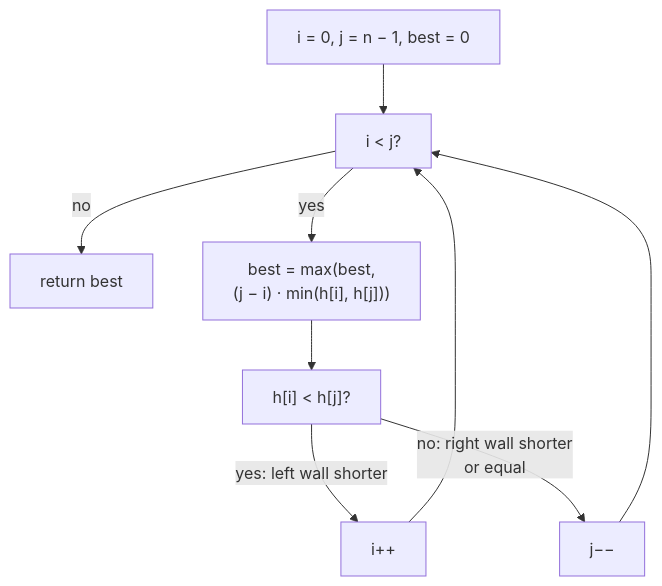
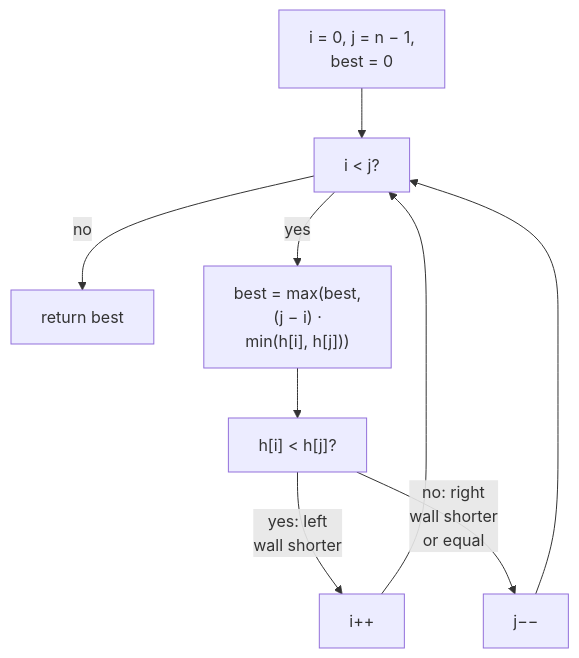
Before and after one commit to duongbui234/software-engineering-atlas: the diagram in content/en/problems/container-with-most-water.md, drawn with Mermaid. The commit also changed 134 other files, not shown here.

First line of the commit message:
Fit every Mermaid diagram at 390px without sideways scroll (#56)

````diff
--- a/content/en/problems/container-with-most-water.md
+++ b/content/en/problems/container-with-most-water.md
@@ -42,9 +42,9 @@
 ```mermaid
 flowchart TB
-  A["i = 0, j = n − 1, best = 0"] --> B["i < j?"]
+  A["i = 0, j = n − 1,<br/>best = 0"] --> B["i < j?"]
   B -->|"no"| R["return best"]
-  B -->|"yes"| C["best = max(best,<br/>(j − i) · min(h[i], h[j]))"]
+  B -->|"yes"| C["best = max(best,<br/>(j − i) ·<br/>min(h[i], h[j]))"]
   C --> D["h[i] < h[j]?"]
-  D -->|"yes: left wall shorter"| E["i++"] --> B
-  D -->|"no: right wall shorter<br/>or equal"| F["j−−"] --> B
+  D -->|"yes: left<br/>wall shorter"| E["i++"] --> B
+  D -->|"no: right<br/>wall shorter<br/>or equal"| F["j−−"] --> B
 ```
````
